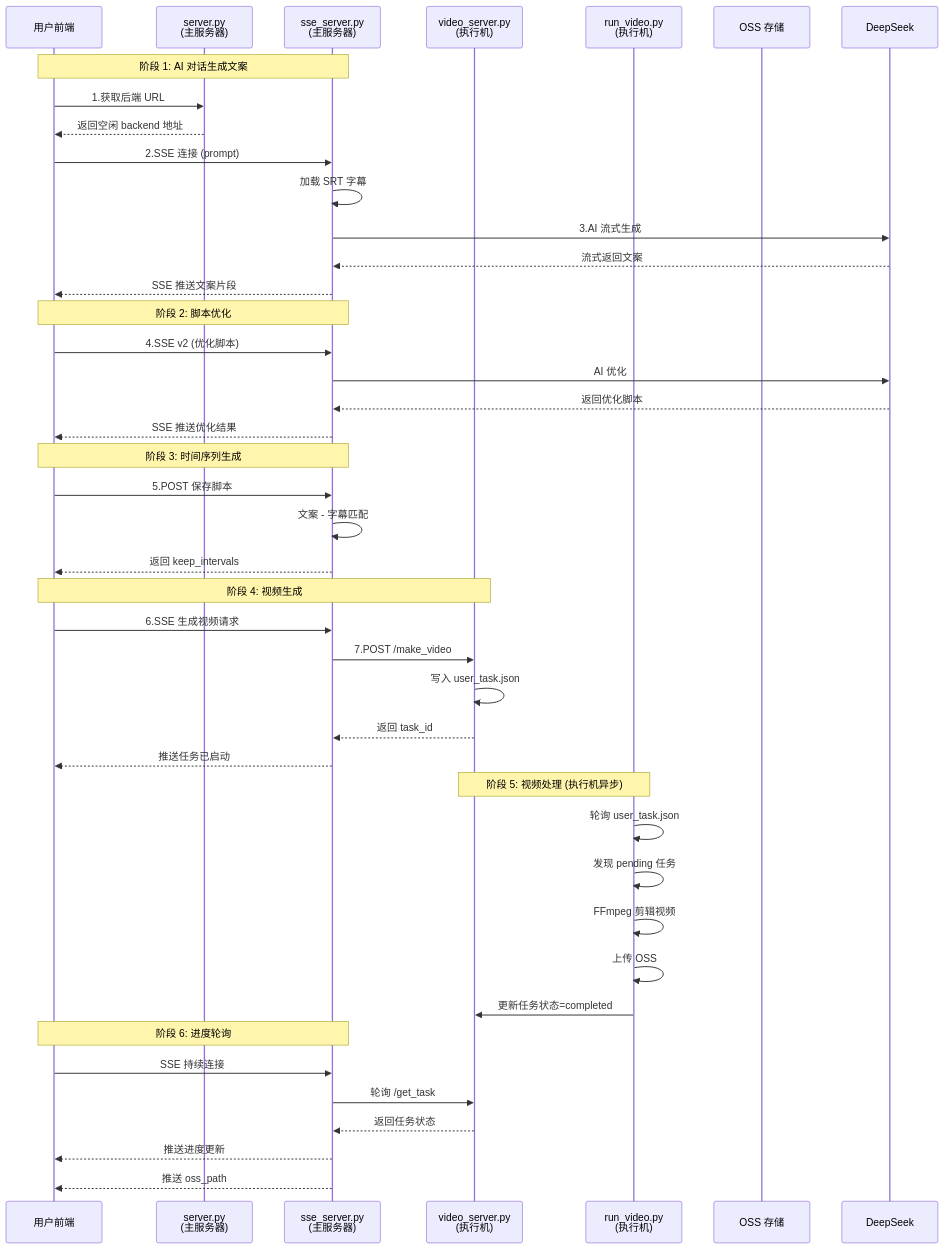
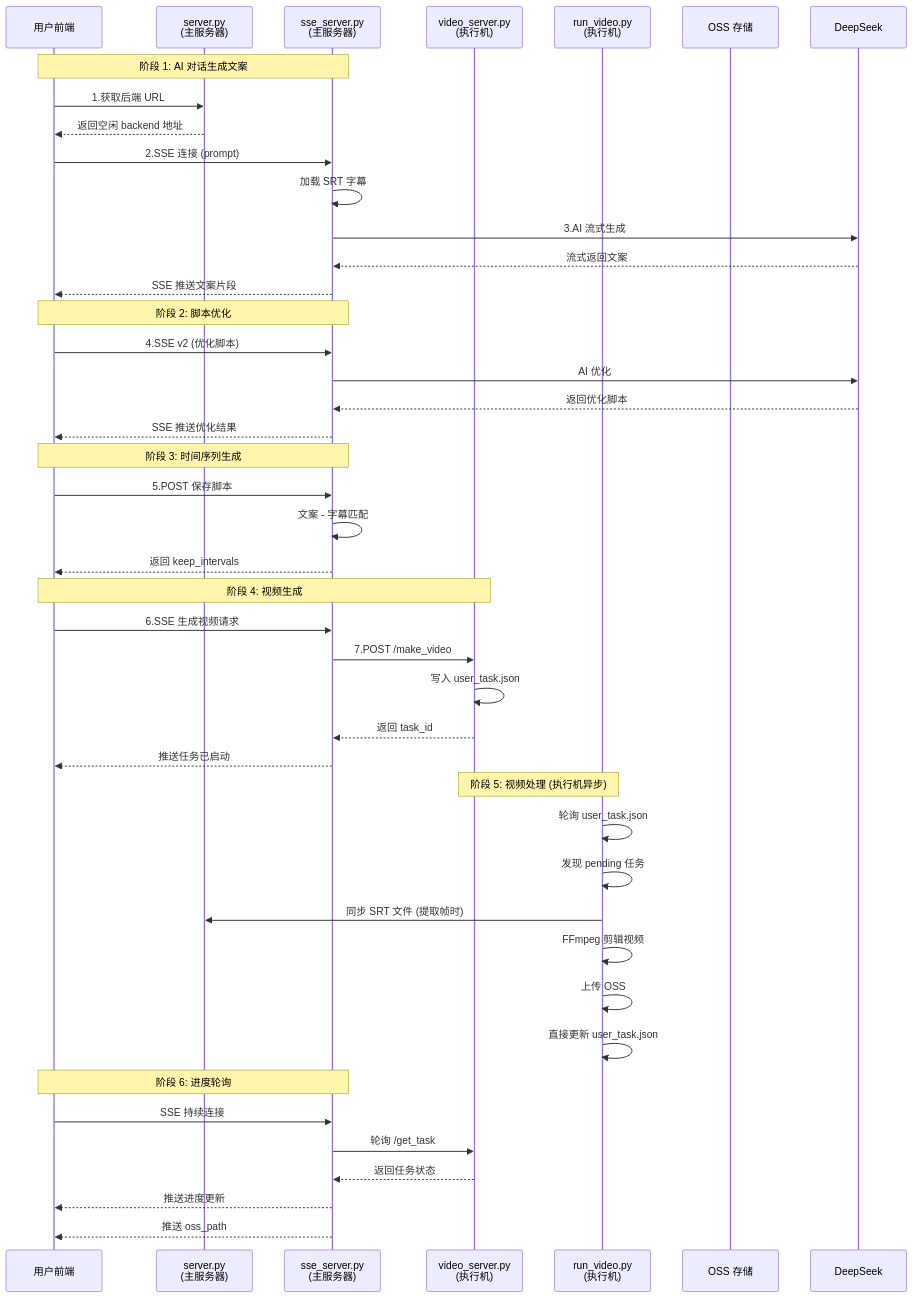
One commit to nii8/split_video changed the third of 10 diagrams in ARCHITECTURE.md. Above: the diagram before and after it, drawn with Mermaid. The commit also changed other lines of this file, not shown here.

````diff
--- a/ARCHITECTURE.md
+++ b/ARCHITECTURE.md
@@ -138,50 +173,51 @@
 ```mermaid
 sequenceDiagram
     participant User as 用户前端
     participant Server as server.py<br/>(主服务器)
     participant SSE as sse_server.py<br/>(主服务器)
     participant VideoS as video_server.py<br/>(执行机)
     participant RunV as run_video.py<br/>(执行机)
     participant OSS as OSS 存储
     
     Note over User,SSE: 阶段 1: AI 对话生成文案
     User->>Server: 1.获取后端 URL
     Server-->>User: 返回空闲 backend 地址
     User->>SSE: 2.SSE 连接 (prompt)
     SSE->>SSE: 加载 SRT 字幕
     SSE->>DeepSeek: 3.AI 流式生成
     DeepSeek-->>SSE: 流式返回文案
     SSE-->>User: SSE 推送文案片段
     
     Note over User,SSE: 阶段 2: 脚本优化
     User->>SSE: 4.SSE v2 (优化脚本)
     SSE->>DeepSeek: AI 优化
     DeepSeek-->>SSE: 返回优化脚本
     SSE-->>User: SSE 推送优化结果
     
     Note over User,SSE: 阶段 3: 时间序列生成
     User->>SSE: 5.POST 保存脚本
     SSE->>SSE: 文案 - 字幕匹配
     SSE-->>User: 返回 keep_intervals
     
     Note over User,VideoS: 阶段 4: 视频生成
     User->>SSE: 6.SSE 生成视频请求
     SSE->>VideoS: 7.POST /make_video
     VideoS->>VideoS: 写入 user_task.json
     VideoS-->>SSE: 返回 task_id
     SSE-->>User: 推送任务已启动
     
     Note over RunV,VideoS: 阶段 5: 视频处理 (执行机异步)
     RunV->>RunV: 轮询 user_task.json
     RunV->>RunV: 发现 pending 任务
+    RunV->>Server: 同步 SRT 文件 (提取帧时)
     RunV->>RunV: FFmpeg 剪辑视频
     RunV->>RunV: 上传 OSS
-    RunV->>VideoS: 更新任务状态=completed
+    RunV->>RunV: 直接更新 user_task.json
     
     Note over User,SSE: 阶段 6: 进度轮询
     User->>SSE: SSE 持续连接
     SSE->>VideoS: 轮询 /get_task
     VideoS-->>SSE: 返回任务状态
     SSE-->>User: 推送进度更新
     SSE-->>User: 推送 oss_path
 ```
````
